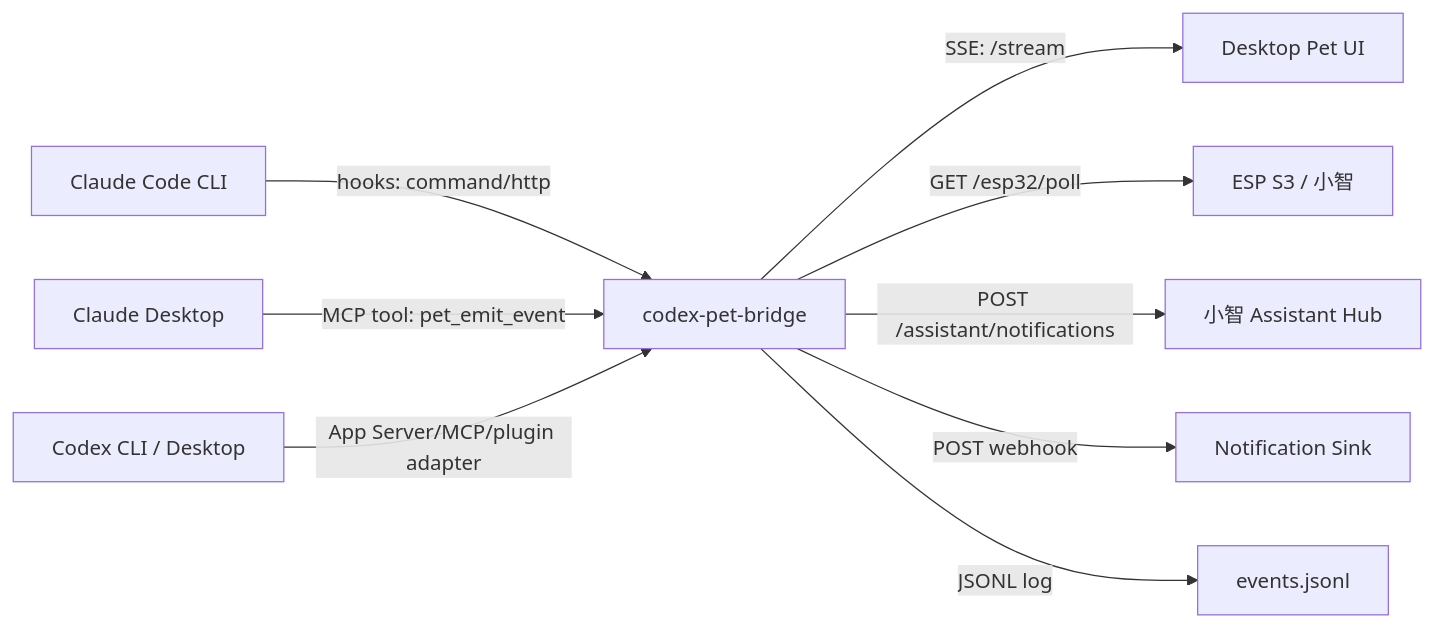
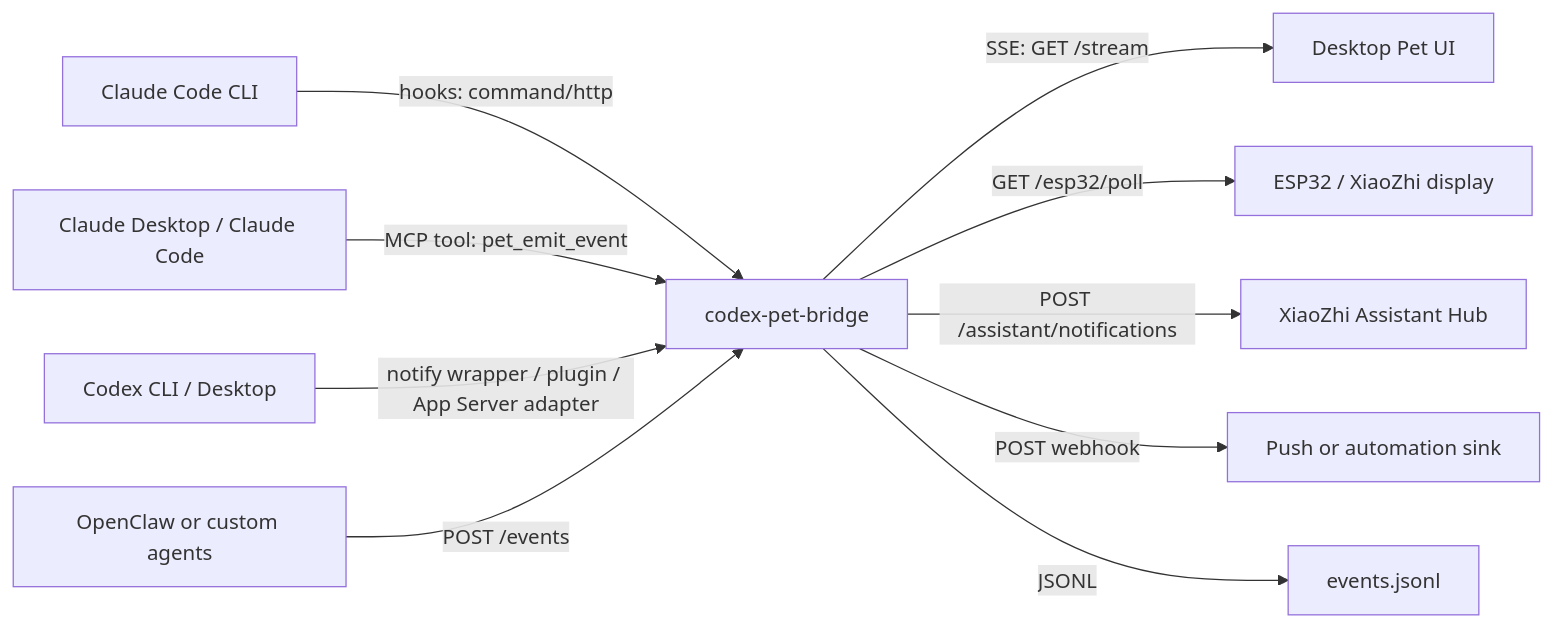
One commit to vcxzvfe/codex-pet-bridge changed the diagram in README.md. Above: the diagram before and after it, drawn with Mermaid. The commit also changed other lines of this file and 8 other files, not shown here.

Commit message:
Polish bilingual XiaoZhi bridge docs

````diff
--- a/README.md
+++ b/README.md
@@ -9,11 +44,12 @@
 ```mermaid
 flowchart LR
   CC["Claude Code CLI"] -->|"hooks: command/http"| Bridge["codex-pet-bridge"]
-  CD["Claude Desktop"] -->|"MCP tool: pet_emit_event"| Bridge
-  CX["Codex CLI / Desktop"] -->|"App Server/MCP/plugin adapter"| Bridge
-  Bridge -->|"SSE: /stream"| Pet["Desktop Pet UI"]
-  Bridge -->|"GET /esp32/poll"| ESP["ESP S3 / 小智"]
-  Bridge -->|"POST /assistant/notifications"| XiaoZhi["小智 Assistant Hub"]
-  Bridge -->|"POST webhook"| Push["Notification Sink"]
-  Bridge -->|"JSONL log"| Log["events.jsonl"]
+  CD["Claude Desktop / Claude Code"] -->|"MCP tool: pet_emit_event"| Bridge
+  CX["Codex CLI / Desktop"] -->|"notify wrapper / plugin / App Server adapter"| Bridge
+  OC["OpenClaw or custom agents"] -->|"POST /events"| Bridge
+  Bridge -->|"SSE: GET /stream"| Pet["Desktop Pet UI"]
+  Bridge -->|"GET /esp32/poll"| ESP["ESP32 / XiaoZhi display"]
+  Bridge -->|"POST /assistant/notifications"| XiaoZhi["XiaoZhi Assistant Hub"]
+  Bridge -->|"POST webhook"| Push["Push or automation sink"]
+  Bridge -->|"JSONL"| Log["events.jsonl"]
 ```
````
